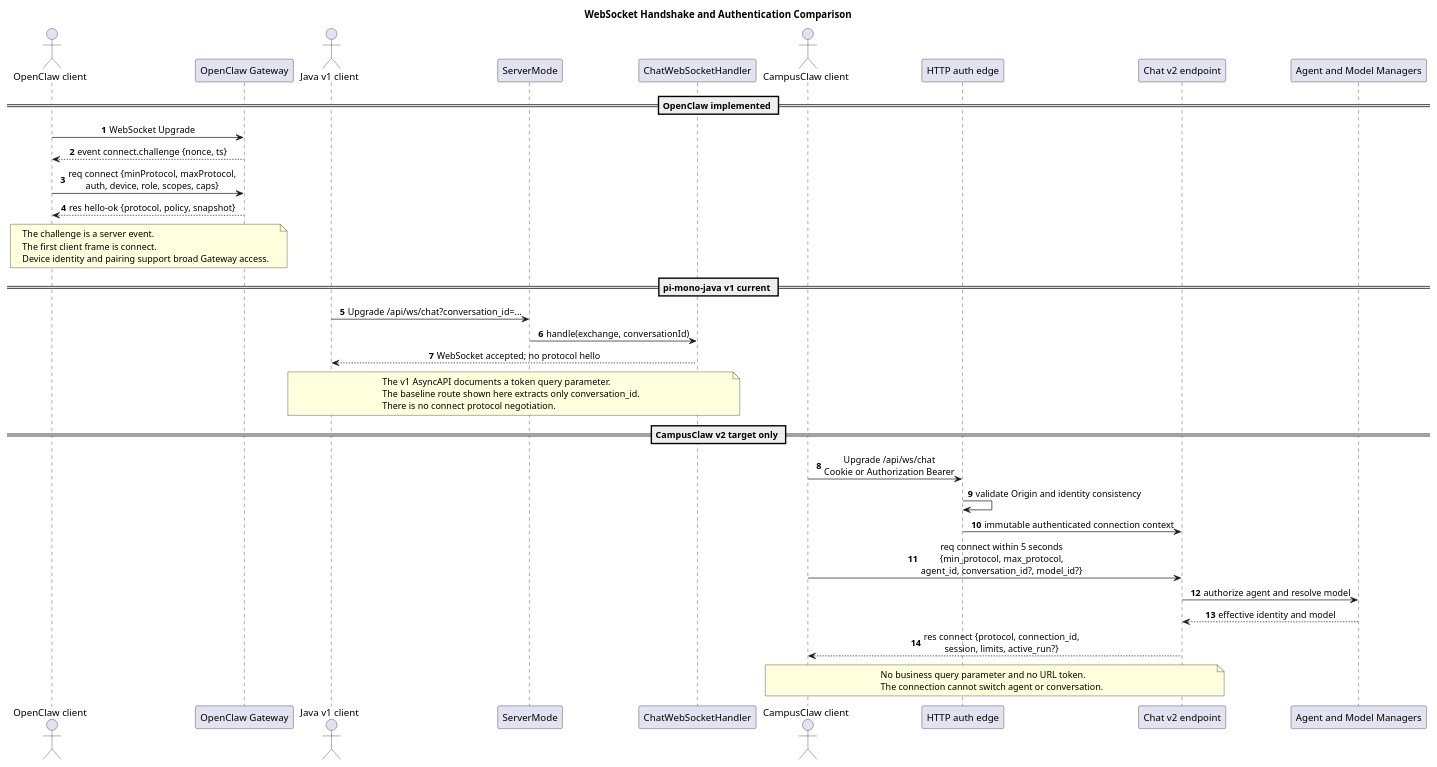
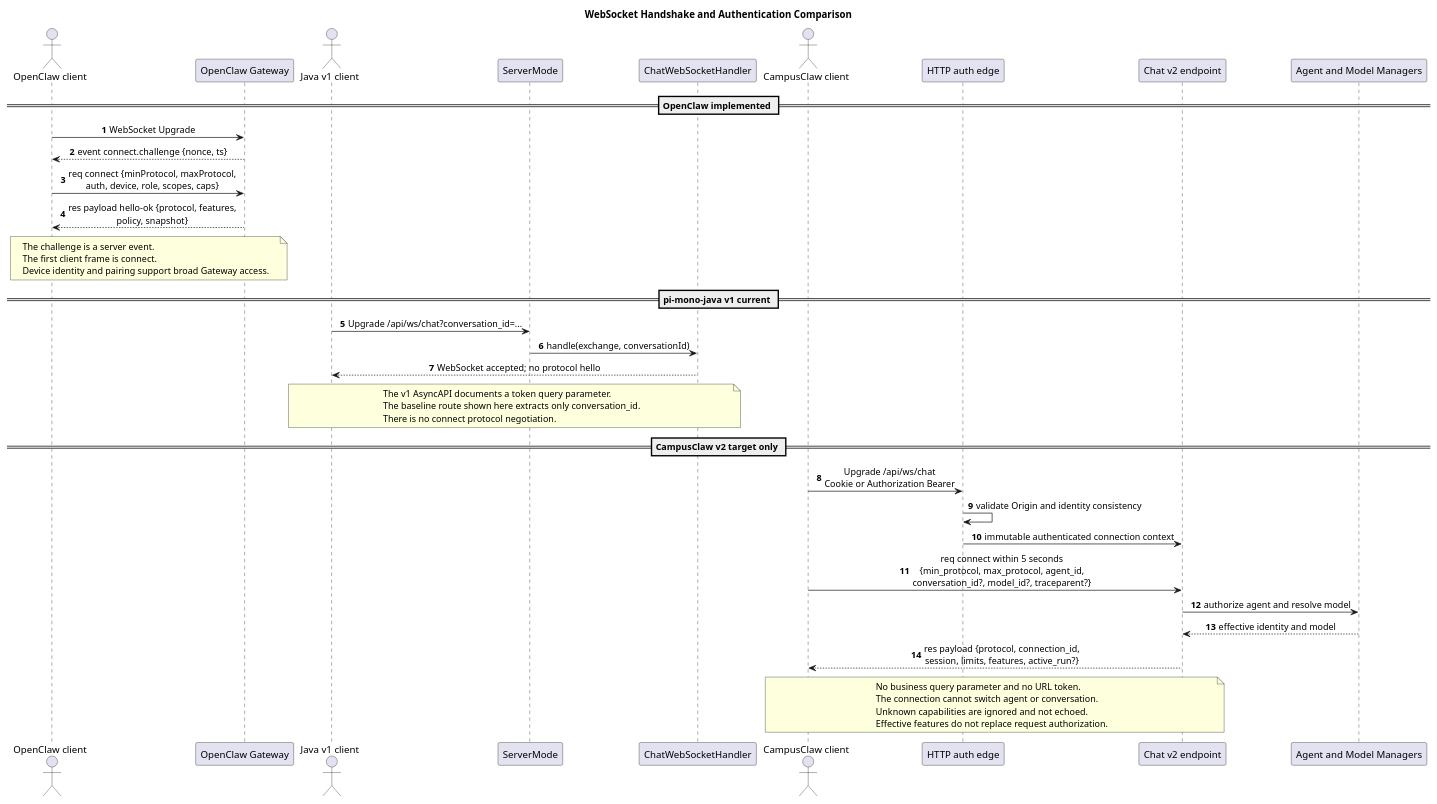
The second of 4 diagrams in openclaw-campusclaw-websocket-comparison/diagram.puml (superheromeZzh/pi-mono-java-design), drawn with PlantUML before and after one commit. The commit also changed other lines of this file and 13 other files, not shown here.

Commit message:
docs(agent): align websocket v2 with OpenClaw v4

```diff
--- a/openclaw-campusclaw-websocket-comparison/diagram.puml
+++ b/openclaw-campusclaw-websocket-comparison/diagram.puml
@@ -85,66 +85,68 @@
 @startuml websocket_handshake_comparison
 title WebSocket Handshake and Authentication Comparison
 
-' OpenClaw baseline: 91dca69dae23d3bdeff5aefb8400249a04216039
+' OpenClaw baseline: b015925bc30f6a8363f290b07d5f8588e21422b8, Gateway Protocol v4
 ' Source: docs/gateway/protocol.md (Handshake, authentication, protocol versioning)
 ' Source: docs/gateway/clients.md (scopes, pairing, capabilities)
 ' Source: packages/gateway-protocol/src/schema/frames.ts (ConnectParamsSchema, HelloOkSchema)
 ' pi-mono-java baseline: 1f7a5423219edfa4519d8719f1cc8a188ed72873
 ' Source: modules/coding-agent-cli/src/main/java/com/campusclaw/codingagent/mode/server/ServerMode.java (configureRoutes)
 ' Source: docs/asyncapi/chat-ws.yaml (query parameters and v1 messages)
 ' Target source: pi-mono-java-manager-driven-multi-agent-runtime/chat-ws-v2.asyncapi.yaml
-' Observed behavior: OpenClaw emits a challenge before the first client connect frame.
+' Observed behavior: OpenClaw emits a challenge before the first client connect Request Frame.
 ' Current Java behavior: the route reads conversation_id and creates or resumes a session immediately.
 ' Target design: CampusClaw authenticates the Upgrade and then requires connect within five seconds.
 ' Design reason: enterprise credentials stay in transport authentication and never enter chat payloads.
 
 skinparam backgroundColor #FFFFFF
 skinparam shadowing false
 skinparam sequenceMessageAlign center
 skinparam defaultFontName Arial
 autonumber
 
 actor "OpenClaw client" as OC
 participant "OpenClaw Gateway" as OG
 actor "Java v1 client" as JV1C
 participant "ServerMode" as SM
 participant "ChatWebSocketHandler" as CWH
 actor "CampusClaw client" as CC
 participant "HTTP auth edge" as EDGE
 participant "Chat v2 endpoint" as V2
 participant "Agent and Model Managers" as MGR
 
 == OpenClaw implemented ==
 OC -> OG : WebSocket Upgrade
 OG --> OC : event connect.challenge {nonce, ts}
 OC -> OG : req connect {minProtocol, maxProtocol,\nauth, device, role, scopes, caps}
-OG --> OC : res hello-ok {protocol, policy, snapshot}
+OG --> OC : res payload hello-ok {protocol, features,\npolicy, snapshot}
 note over OC,OG
 The challenge is a server event.
 The first client frame is connect.
 Device identity and pairing support broad Gateway access.
 end note
 
 == pi-mono-java v1 current ==
 JV1C -> SM : Upgrade /api/ws/chat?conversation_id=...
 SM -> CWH : handle(exchange, conversationId)
 CWH --> JV1C : WebSocket accepted; no protocol hello
 note over JV1C,CWH
 The v1 AsyncAPI documents a token query parameter.
 The baseline route shown here extracts only conversation_id.
 There is no connect protocol negotiation.
 end note
 
 == CampusClaw v2 target only ==
 CC -> EDGE : Upgrade /api/ws/chat\nCookie or Authorization Bearer
 EDGE -> EDGE : validate Origin and identity consistency
 EDGE -> V2 : immutable authenticated connection context
-CC -> V2 : req connect within 5 seconds\n{min_protocol, max_protocol,\nagent_id, conversation_id?, model_id?}
+CC -> V2 : req connect within 5 seconds\n{min_protocol, max_protocol, agent_id,\nconversation_id?, model_id?, traceparent?}
 V2 -> MGR : authorize agent and resolve model
 MGR --> V2 : effective identity and model
-V2 --> CC : res connect {protocol, connection_id,\nsession, limits, active_run?}
+V2 --> CC : res payload {protocol, connection_id,\nsession, limits, features, active_run?}
 note over CC,V2
 No business query parameter and no URL token.
 The connection cannot switch agent or conversation.
+Unknown capabilities are ignored and not echoed.
+Effective features do not replace request authorization.
 end note
 @enduml
```
